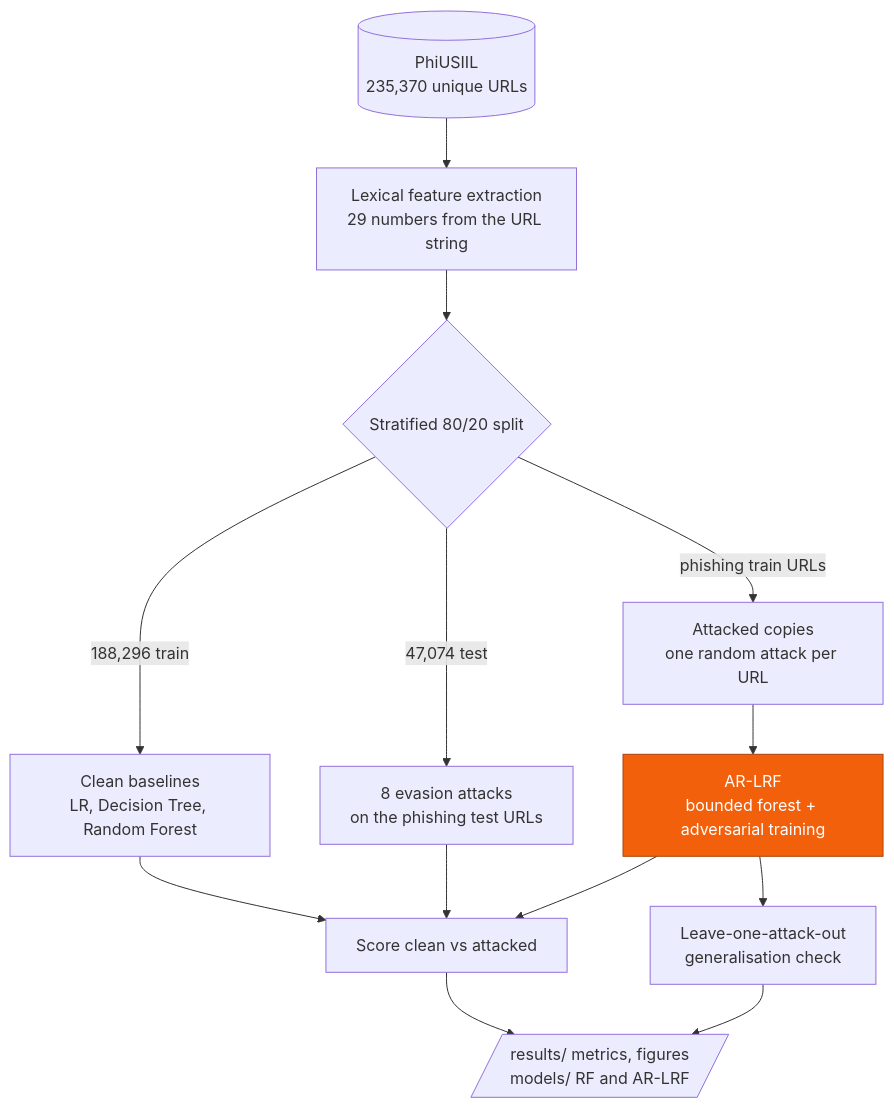
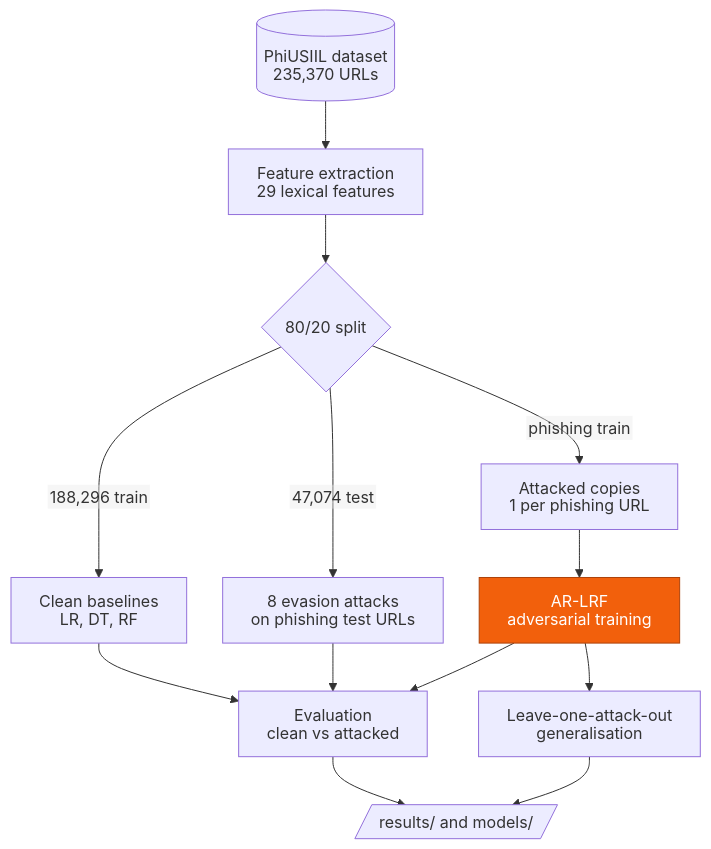
One commit to abhishek-pandey7/Hybrid-Supervised-Unsupervised-Intrusion-Detection-with-Hash-Chained-Audit-Logging changed the first of 5 diagrams in README.md. Above: the diagram before and after it, drawn with Mermaid. The commit also changed other lines of this file, not shown here.

Commit message:
Fix clipped labels in README Mermaid diagrams

````diff
--- a/README.md
+++ b/README.md
@@ -125,17 +125,18 @@
 ```mermaid
+%%{init: {"htmlLabels": false, "markdownAutoWrap": false, "flowchart": {"htmlLabels": false, "wrappingWidth": 480, "nodeSpacing": 36, "rankSpacing": 48, "padding": 14}}}%%
 flowchart TD
-    data[("PhiUSIIL<br/>235,370 unique URLs")] --> feat["Lexical feature extraction<br/>29 numbers from the URL string"]
-    feat --> split{"Stratified 80/20 split"}
-    split -- "188,296 train" --> base["Clean baselines<br/>LR, Decision Tree, Random Forest"]
-    split -- "phishing train URLs" --> aug["Attacked copies<br/>one random attack per URL"]
-    aug --> ar["AR-LRF<br/>bounded forest + adversarial training"]
-    split -- "47,074 test" --> atk["8 evasion attacks<br/>on the phishing test URLs"]
-    base --> eval["Score clean vs attacked"]
+    data[("PhiUSIIL dataset<br/>235,370 URLs")] --> feat["Feature extraction<br/>29 lexical features"]
+    feat --> split{"80/20 split"}
+    split -- "188,296 train" --> base["Clean baselines<br/>LR, DT, RF"]
+    split -- "phishing train" --> aug["Attacked copies<br/>1 per phishing URL"]
+    aug --> ar["AR-LRF<br/>adversarial training"]
+    split -- "47,074 test" --> atk["8 evasion attacks<br/>on phishing test URLs"]
+    base --> eval["Evaluation<br/>clean vs attacked"]
     atk --> eval
     ar --> eval
-    ar --> loao["Leave-one-attack-out<br/>generalisation check"]
-    eval --> out[/"results/ metrics, figures<br/>models/ RF and AR-LRF"/]
+    ar --> loao["Leave-one-attack-out<br/>generalisation"]
+    eval --> out[/"results/ and models/"/]
     loao --> out
     classDef hl fill:#f2600c,stroke:#ad420a,color:#ffffff
     class ar hl
 ```
````
